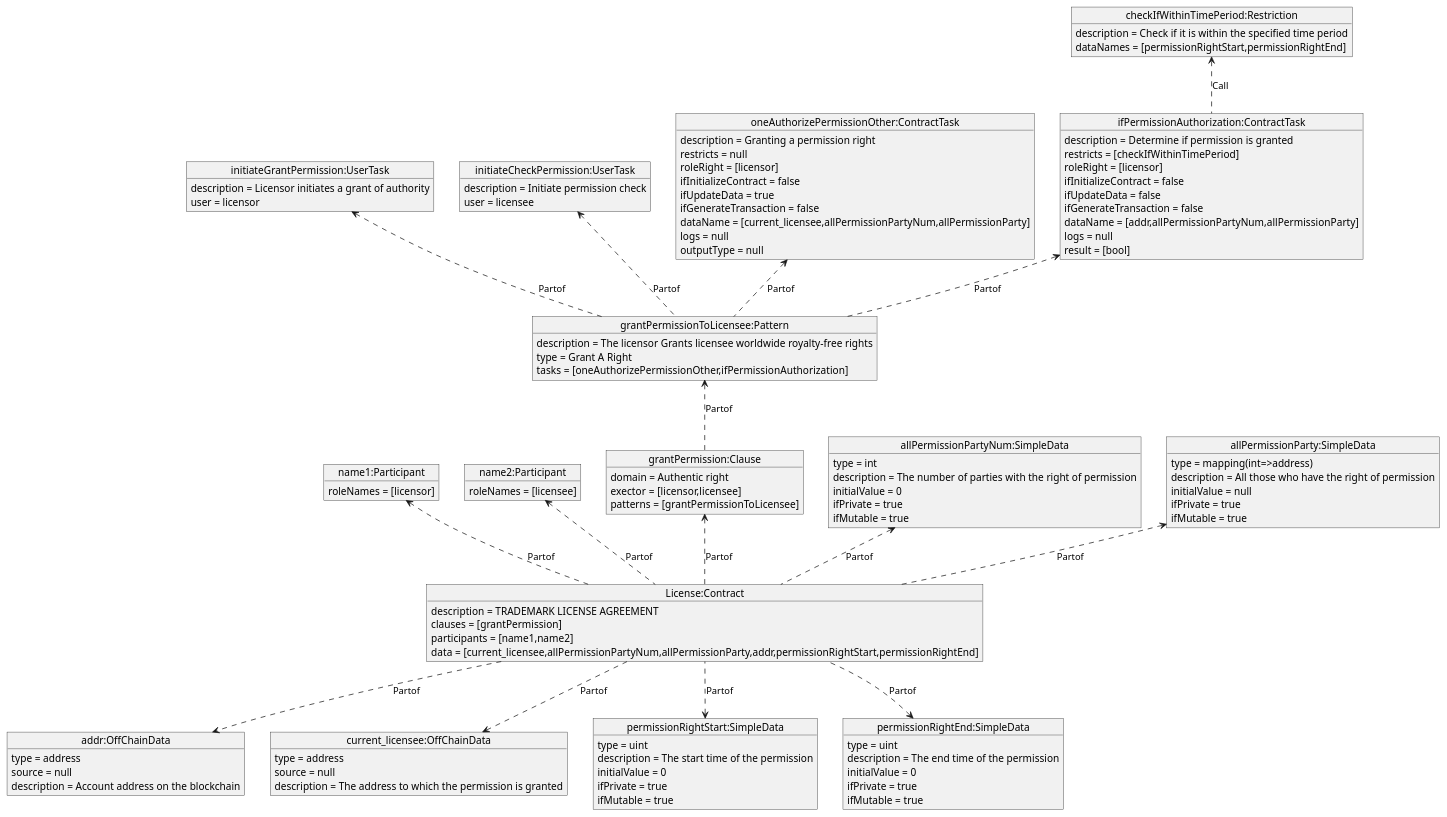
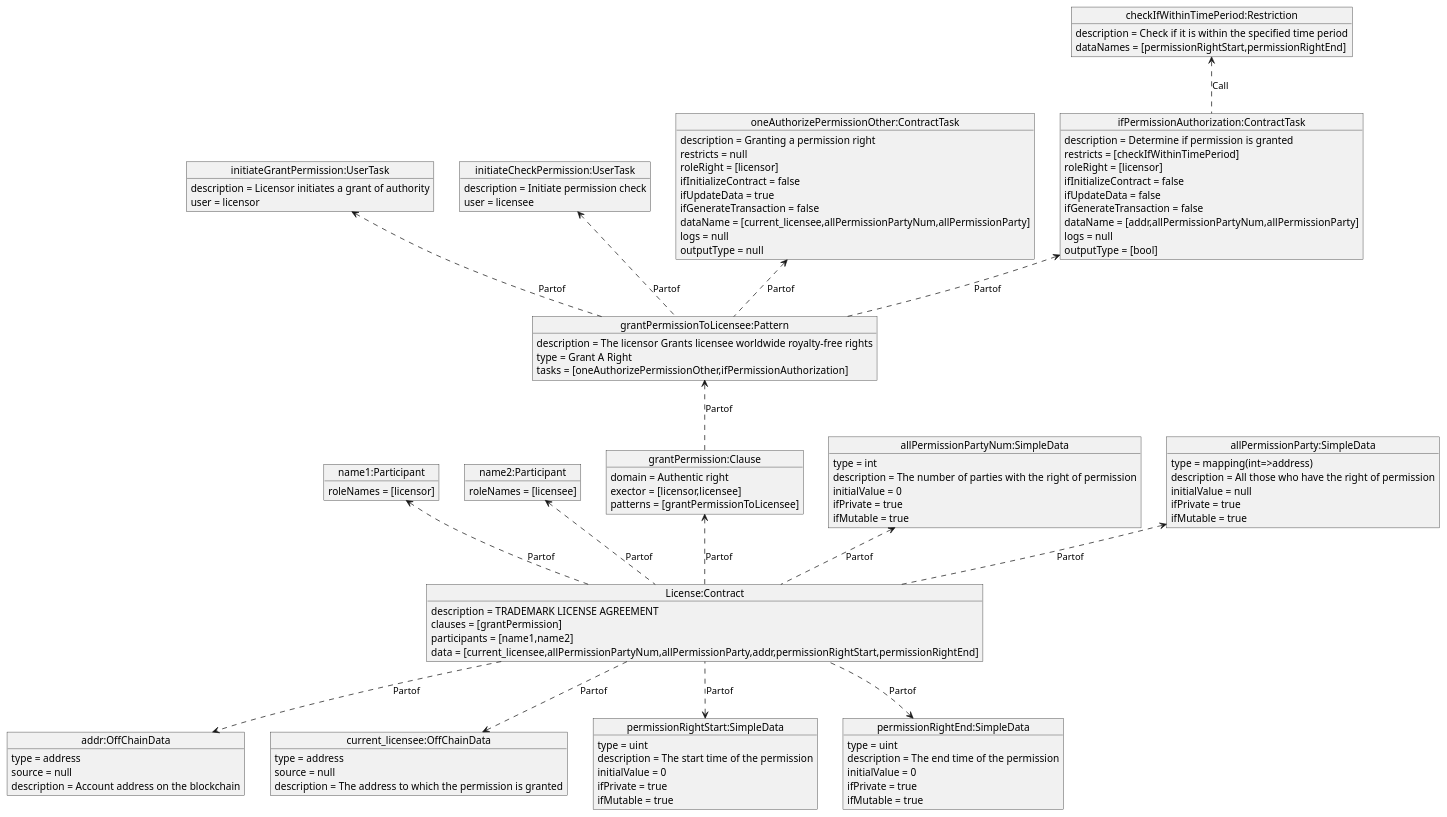
One commit to HIT-LWY/sc_MDA_code changed the diagram in plantUML_dia/a.puml. Above: the diagram before and after it, drawn with PlantUML. The commit also changed 2 other files, not shown here.

```diff
--- a/plantUML_dia/a.puml
+++ b/plantUML_dia/a.puml
@@ -1,98 +1,98 @@
 @startuml
 'https://plantuml.com/object-diagram
 object "License:Contract" as o1
 o1 : description = TRADEMARK LICENSE AGREEMENT
 o1 : clauses = [grantPermission]
 o1 : participants = [name1,name2]
 o1 : data = [current_licensee,allPermissionPartyNum,allPermissionParty,addr,permissionRightStart,permissionRightEnd]
 object "name1:Participant" as o2
 o2 : roleNames = [licensor]
 o2<..o1 : Partof
 object "name2:Participant" as o3
 o3 : roleNames = [licensee]
 o3<..o1 : Partof
 object "grantPermission:Clause" as o4
 o4 : domain = Authentic right
 o4 : exector = [licensor,licensee]
 o4 : patterns = [grantPermissionToLicensee]
 o4<..o1 : Partof
 object "grantPermissionToLicensee:Pattern" as o5
 o5 : description = The licensor Grants licensee worldwide royalty-free rights
 o5 : type = Grant A Right
 o5 : tasks = [oneAuthorizePermissionOther,ifPermissionAuthorization]
 o5<..o4 : Partof
 object "initiateGrantPermission:UserTask" as o9
 o9 : description = Licensor initiates a grant of authority
 o9 : user = licensor
 o9<..o5 : Partof
 object "initiateCheckPermission:UserTask" as o10
 o10 : description = Initiate permission check
 o10 : user = licensee
 o10<..o5 : Partof
 object "oneAuthorizePermissionOther:ContractTask" as o6
 o6 : description = Granting a permission right
 o6 : restricts = null
 o6 : roleRight = [licensor]
 o6 : ifInitializeContract = false
 o6 : ifUpdateData = true
 o6 : ifGenerateTransaction = false
 o6 : dataName = [current_licensee,allPermissionPartyNum,allPermissionParty]
 o6 : logs = null
 o6 : outputType = null
 o6<..o5 : Partof
 object "ifPermissionAuthorization:ContractTask" as o7
 o7 : description = Determine if permission is granted
 o7 : restricts = [checkIfWithinTimePeriod]
 o7 : roleRight = [licensor]
 o7 : ifInitializeContract = false
 o7 : ifUpdateData = false
 o7 : ifGenerateTransaction = false
 o7 : dataName = [addr,allPermissionPartyNum,allPermissionParty]
 o7 : logs = null
-o7 : result = [bool]
+o7 : outputType = [bool]
 o7<..o5 : Partof
 object "checkIfWithinTimePeriod:Restriction" as o8
 o8 : description = Check if it is within the specified time period
 o8 : dataNames = [permissionRightStart,permissionRightEnd]
 o8<..o7 : Call
 object "addr:OffChainData" as o63
 o63 : type = address
 o63 : source = null
 o63 : description = Account address on the blockchain
 o1..>o63 : Partof
 object "current_licensee:OffChainData" as o64
 o64 : type = address
 o64 : source = null
 o64 : description = The address to which the permission is granted
 o1..>o64 : Partof
 object "allPermissionPartyNum:SimpleData" as o65
 o65 : type = int
 o65 : description = The number of parties with the right of permission
 o65 : initialValue = 0
 o65 : ifPrivate = true
 o65 : ifMutable = true
 o65<..o1 : Partof
 object "allPermissionParty:SimpleData" as o66
 o66 : type = mapping(int=>address)
 o66 : description = All those who have the right of permission
 o66 : initialValue = null
 o66 : ifPrivate = true
 o66 : ifMutable = true
 o66<..o1 : Partof
 object "permissionRightStart:SimpleData" as o61
 o61 : type = uint
 o61 : description = The start time of the permission
 o61 : initialValue = 0
 o61 : ifPrivate = true
 o61 : ifMutable = true
 o61<..o1 : Partof
 object "permissionRightEnd:SimpleData" as o62
 o62 : type = uint
 o62 : description = The end time of the permission
 o62 : initialValue = 0
 o62 : ifPrivate = true
 o62 : ifMutable = true
 o62<..o1 : Partof
 o1 --[hidden] o62
 o1 --[hidden] o61
 @enduml
```
